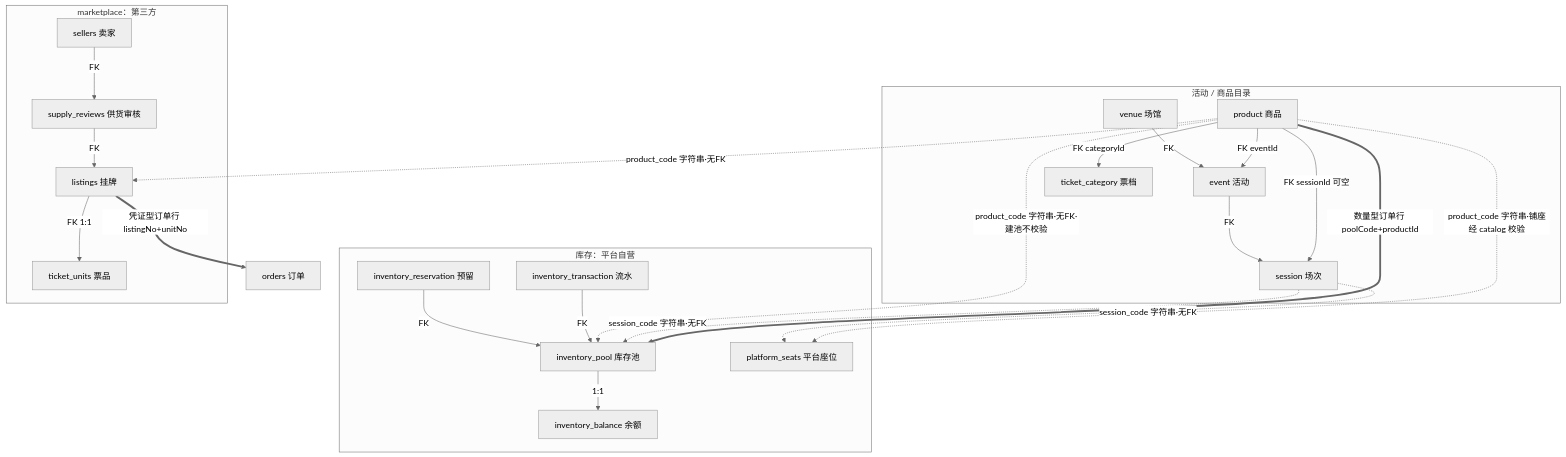
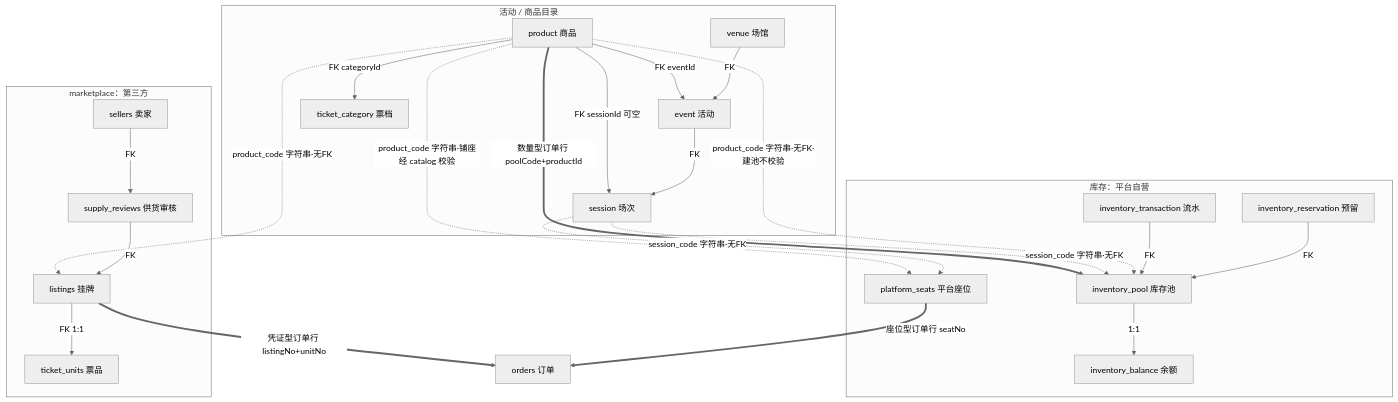
The first of 2 diagrams in docs/architecture/trading-model.md (cuihairu/awn), drawn with Mermaid (neutral theme) before and after one commit. The commit also changed other lines of this file, not shown here.

Commit message:
docs: add seat path to trading model

````diff
--- a/docs/architecture/trading-model.md
+++ b/docs/architecture/trading-model.md
@@ -20,34 +20,35 @@
 ```mermaid
 flowchart TD
     subgraph CE[活动 / 商品目录]
         VENUE["venue 场馆"] -->|FK| EVENT["event 活动"]
         EVENT -->|FK| SESSION["session 场次"]
         TC["ticket_category 票档"]
         PRODUCT["product 商品"]
         PRODUCT -->|FK eventId| EVENT
         PRODUCT -->|FK sessionId 可空| SESSION
         PRODUCT -->|FK categoryId| TC
     end
 
     subgraph INV[库存：平台自营]
         POOL["inventory_pool 库存池"] -->|1:1| BAL["inventory_balance 余额"]
         RES["inventory_reservation 预留"] -->|FK| POOL
         TXN["inventory_transaction 流水"] -->|FK| POOL
         SEAT["platform_seats 平台座位"]
     end
 
     subgraph MP[marketplace：第三方]
         SELLER["sellers 卖家"] -->|FK| REVIEW["supply_reviews 供货审核"]
         REVIEW -->|FK| LISTING["listings 挂牌"]
         LISTING -->|FK 1:1| UNIT["ticket_units 票品"]
     end
 
     PRODUCT -.->|"product_code 字符串·无FK·建池不校验"| POOL
     SESSION -.->|"session_code 字符串·无FK"| POOL
     SESSION -.->|"session_code 字符串·无FK"| SEAT
     PRODUCT -.->|"product_code 字符串·铺座经 catalog 校验"| SEAT
     PRODUCT -.->|"product_code 字符串·无FK"| LISTING
     PRODUCT ==>|"数量型订单行 poolCode+productId"| POOL
     ORDER["orders 订单"]
     LISTING ==>|"凭证型订单行 listingNo+unitNo"| ORDER
+    SEAT ==>|"座位型订单行 seatNo"| ORDER
 ```
````
